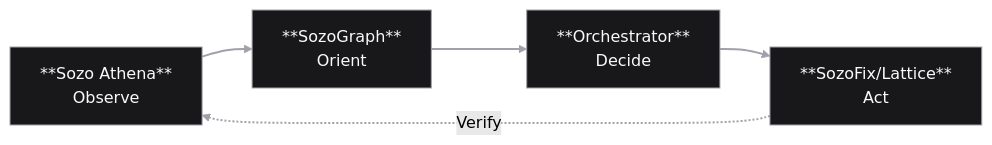
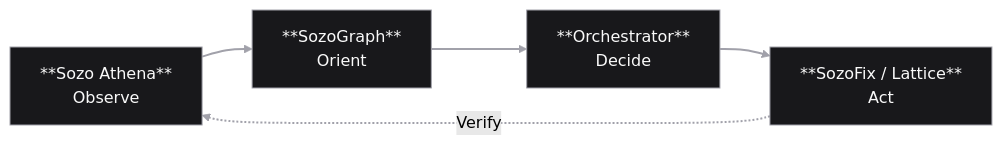
Before and after one commit to Sozo-Analytics-Lab/.github: the diagram in profile/README.md, drawn with Mermaid (forest theme). The commit also changed other lines of this file, not shown here.

````diff
--- a/profile/README.md
+++ b/profile/README.md
@@ -37,13 +86,13 @@
 ```mermaid
 graph LR
     A["**Sozo Athena**<br/>Observe"] --> B["**SozoGraph**<br/>Orient"]
     B --> C["**Orchestrator**<br/>Decide"]
-    C --> D["**SozoFix/Lattice**<br/>Act"]
+    C --> D["**SozoFix / Lattice**<br/>Act"]
     D -.->|Verify| A
 
     style A fill:#18181b,stroke:#a1a1aa,color:#fafafa
     style B fill:#18181b,stroke:#a1a1aa,color:#fafafa
     style C fill:#18181b,stroke:#a1a1aa,color:#fafafa
     style D fill:#18181b,stroke:#a1a1aa,color:#fafafa
     linkStyle default stroke:#a1a1aa,stroke-width:2px
 ```
````
